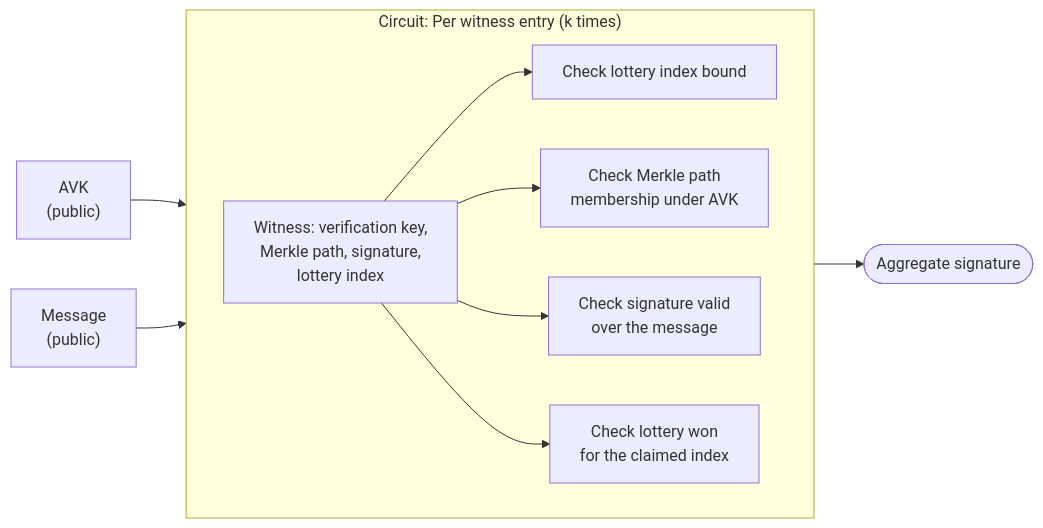
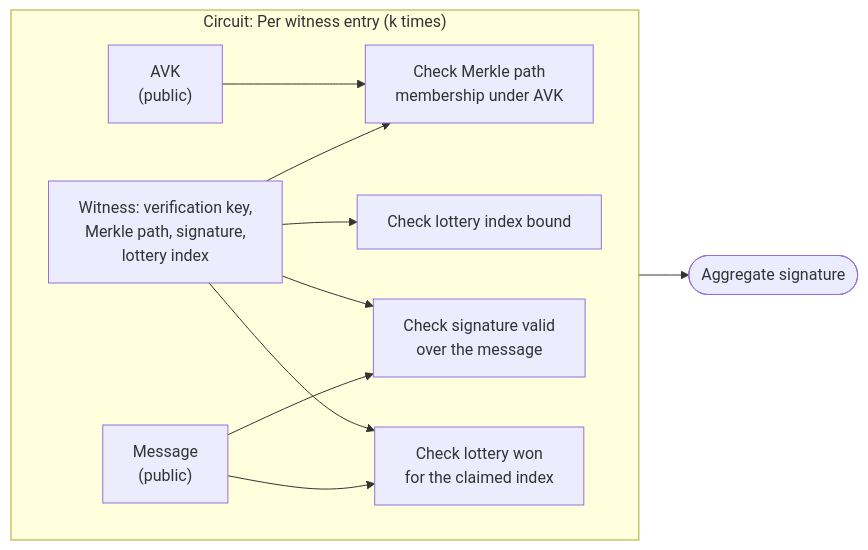
One commit to IntersectMBO/mithril changed the diagram in docs/website/root/mithril/advanced/mithril-protocol/aggregation/non_recursive_SNARK.md. Above: the diagram before and after it, drawn with Mermaid. The commit also changed other lines of this file and 3 other files, not shown here.

````diff
--- a/docs/website/root/mithril/advanced/mithril-protocol/aggregation/non_recursive_SNARK.md
+++ b/docs/website/root/mithril/advanced/mithril-protocol/aggregation/non_recursive_SNARK.md
@@ -22,15 +29,16 @@
 ```mermaid
 flowchart LR
-    AVK["AVK<br/>(public)"] --> Circuit
-    MSG["Message<br/>(public)"] --> Circuit
 
     subgraph Circuit["Circuit: Per witness entry (k times)"]
         direction LR
+    AVK["AVK<br/>(public)"] --> C2
         W["Witness: verification key,<br/>Merkle path, signature, <br/>lottery index"] --> C1["Check lottery index bound"]
         W["Witness: verification key,<br/>Merkle path, signature, <br/>lottery index"] --> C2["Check Merkle path<br/>membership under AVK"]
         W["Witness: verification key,<br/>Merkle path, signature, <br/>lottery index"] --> C3["Check signature valid<br/>over the message"]
         W["Witness: verification key,<br/>Merkle path, signature, <br/>lottery index"] --> C4["Check lottery won<br/>for the claimed index"]
+    MSG["Message<br/>(public)"] --> C3
+    MSG["Message<br/>(public)"] --> C4
     end
 
     Circuit --> Proof(["Aggregate signature"])
 ```
````
